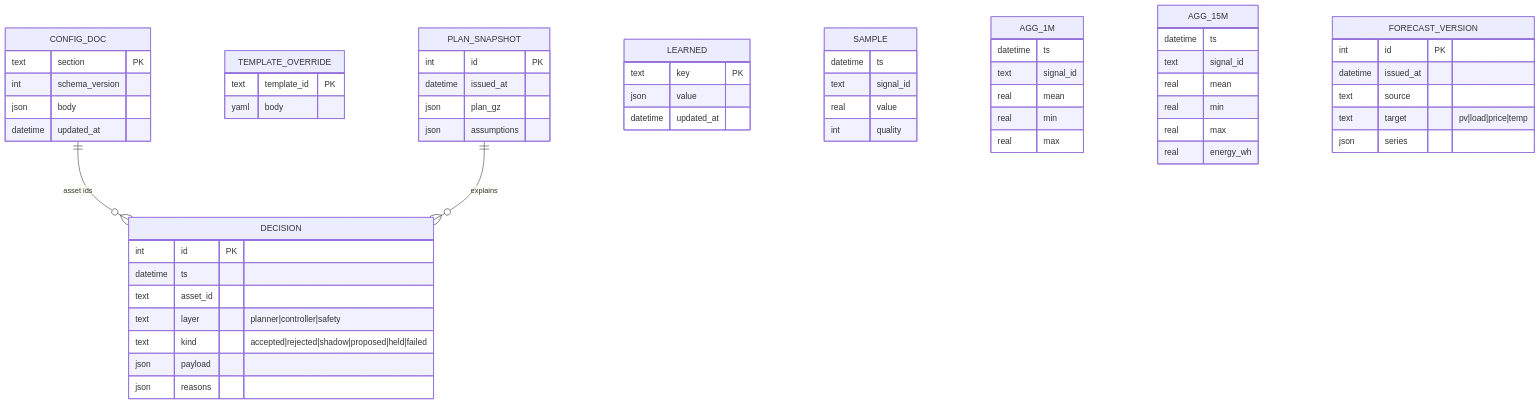
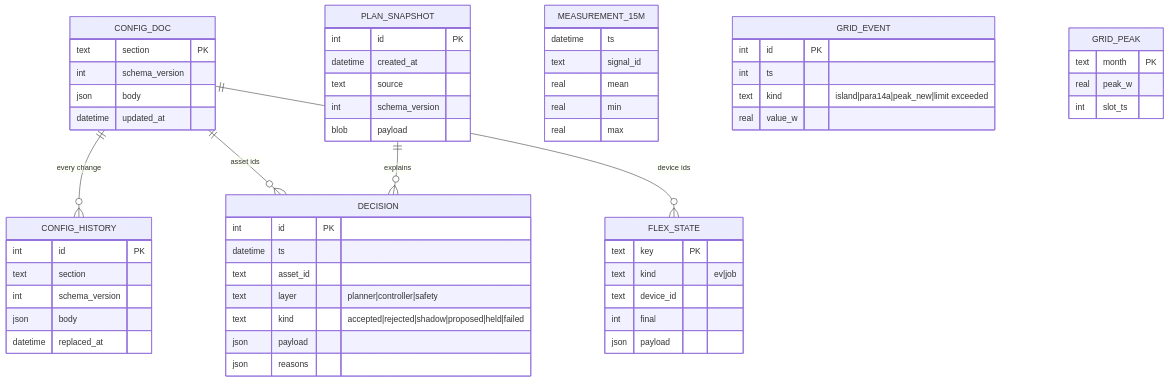
The eighth of 9 diagrams in docs/architecture.md (PXLJAKE/SunCore), drawn with Mermaid before and after one commit. The commit also changed other lines of this file and 25 other files, not shown here.

First line of the commit message:
docs: Phase 6 user guides, architecture, STATUS and acceptance table (WP14)

````diff
--- a/docs/architecture.md
+++ b/docs/architecture.md
@@ -406,63 +564,61 @@
 ```mermaid
 erDiagram
     CONFIG_DOC {
         text section PK
         int schema_version
         json body
         datetime updated_at
     }
-    TEMPLATE_OVERRIDE {
-        text template_id PK
-        yaml body
+    CONFIG_HISTORY {
+        int id PK
+        text section
+        int schema_version
+        json body
+        datetime replaced_at
     }
     DECISION {
         int id PK
         datetime ts
         text asset_id
         text layer "planner|controller|safety"
         text kind "accepted|rejected|shadow|proposed|held|failed"
         json payload
         json reasons
     }
     PLAN_SNAPSHOT {
         int id PK
-        datetime issued_at
-        json plan_gz
-        json assumptions
+        datetime created_at
+        text source
+        int schema_version
+        blob payload
     }
-    LEARNED {
+    FLEX_STATE {
         text key PK
-        json value
-        datetime updated_at
+        text kind "ev|job"
+        text device_id
+        int final
+        json payload
     }
-    SAMPLE {
-        datetime ts
-        text signal_id
-        real value
-        int quality
-    }
-    AGG_1M {
+    MEASUREMENT_15M {
         datetime ts
         text signal_id
         real mean
         real min
         real max
     }
-    AGG_15M {
-        datetime ts
-        text signal_id
-        real mean
-        real min
-        real max
-        real energy_wh
+    GRID_EVENT {
+        int id PK
+        int ts
+        text kind "island|para14a|peak_new|limit exceeded"
+        real value_w
     }
-    FORECAST_VERSION {
-        int id PK
-        datetime issued_at
-        text source
-        text target "pv|load|price|temp"
-        json series
+    GRID_PEAK {
+        text month PK
+        real peak_w
+        int slot_ts
     }
+    CONFIG_DOC ||--o{ CONFIG_HISTORY : "every change"
     CONFIG_DOC ||--o{ DECISION : "asset ids"
+    CONFIG_DOC ||--o{ FLEX_STATE : "device ids"
     PLAN_SNAPSHOT ||--o{ DECISION : "explains"
 ```
````
